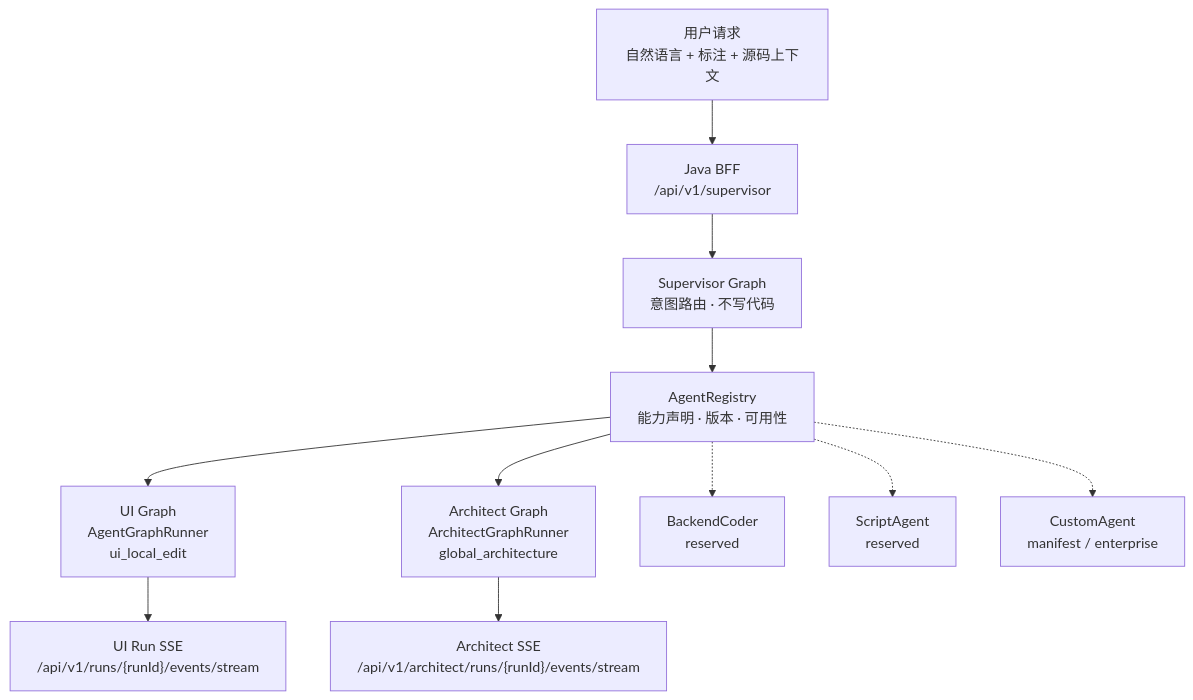
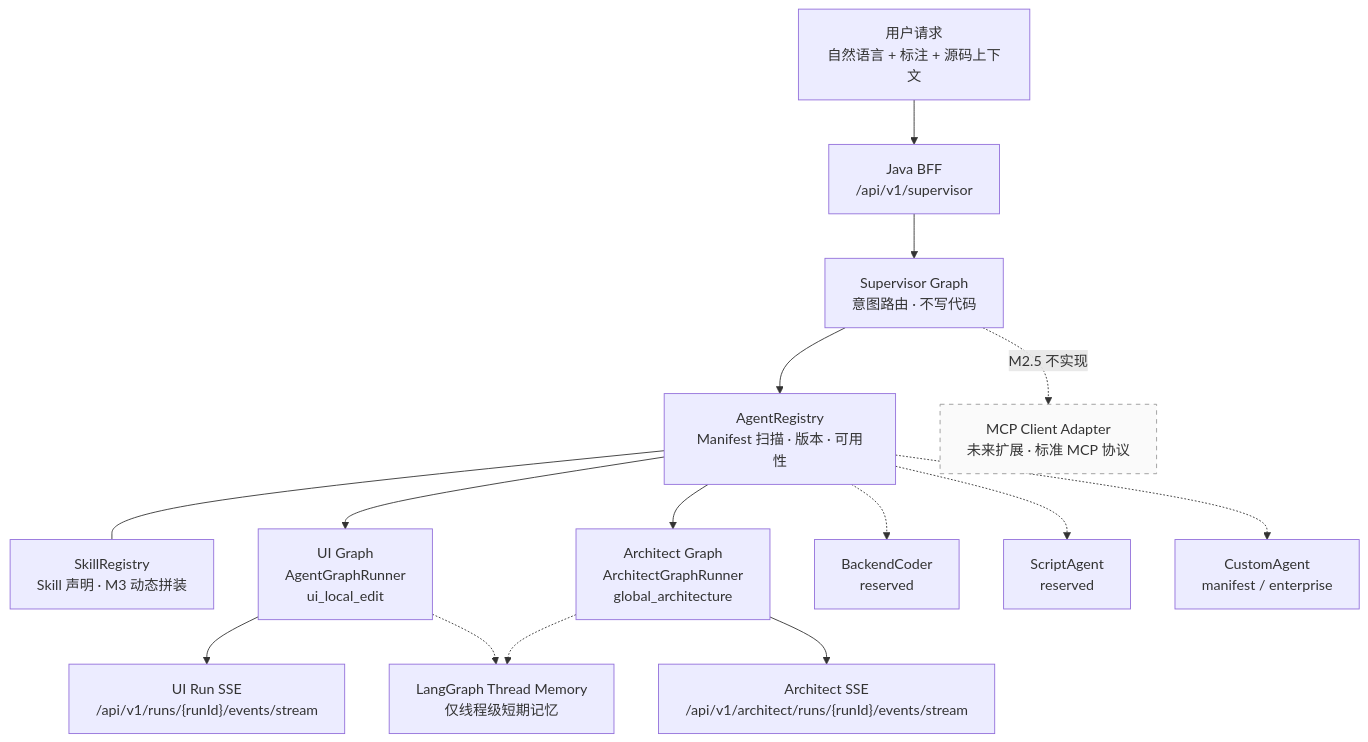
The first of 8 diagrams in docs/design/05.Supervisor_Multi_Agent.md (Cai199999/vibe-platform), drawn with Mermaid before and after one commit. The commit also changed other lines of this file and 22 other files, not shown here.

First line of the commit message:
feat: 声明式 Agent Manifest 与 SkillRegistry 预留，完成 Supervisor 全链路回归

````diff
--- a/docs/design/05.Supervisor_Multi_Agent.md
+++ b/docs/design/05.Supervisor_Multi_Agent.md
@@ -64,24 +64,33 @@
 ```mermaid
 flowchart TB
     U["用户请求<br/>自然语言 + 标注 + 源码上下文"]
     B["Java BFF<br/>/api/v1/supervisor"]
     S["Supervisor Graph<br/>意图路由 · 不写代码"]
-    R["AgentRegistry<br/>能力声明 · 版本 · 可用性"]
+    R["AgentRegistry<br/>Manifest 扫描 · 版本 · 可用性"]
+    SR["SkillRegistry<br/>Skill 声明 · M3 动态拼装"]
     UI["UI Graph<br/>AgentGraphRunner<br/>ui_local_edit"]
     AR["Architect Graph<br/>ArchitectGraphRunner<br/>global_architecture"]
     BC["BackendCoder<br/>reserved"]
     SA["ScriptAgent<br/>reserved"]
     CA["CustomAgent<br/>manifest / enterprise"]
     UIQ["UI Run SSE<br/>/api/v1/runs/{runId}/events/stream"]
     ARQ["Architect SSE<br/>/api/v1/architect/runs/{runId}/events/stream"]
+    MEM["LangGraph Thread Memory<br/>仅线程级短期记忆"]
+    MCP["MCP Client Adapter<br/>未来扩展 · 标准 MCP 协议"]
 
     U --> B --> S
     S --> R
+    R --- SR
     R --> UI
     R --> AR
     R -.-> BC
     R -.-> SA
     R -.-> CA
     UI --> UIQ
     AR --> ARQ
+    UI -.-> MEM
+    AR -.-> MEM
+    S -.->|"M2.5 不实现"| MCP
+    classDef future stroke-dasharray: 5 5,stroke:#999,fill:#fafafa;
+    class MCP future;
 ```
````
